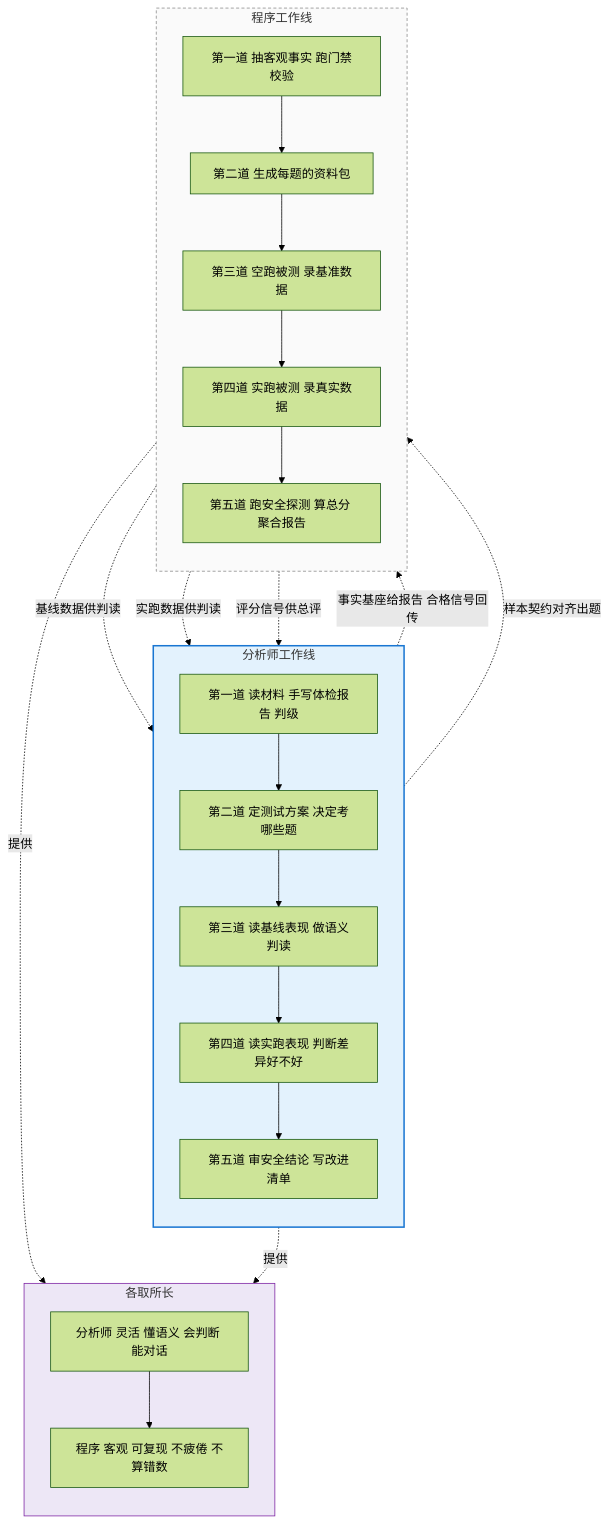
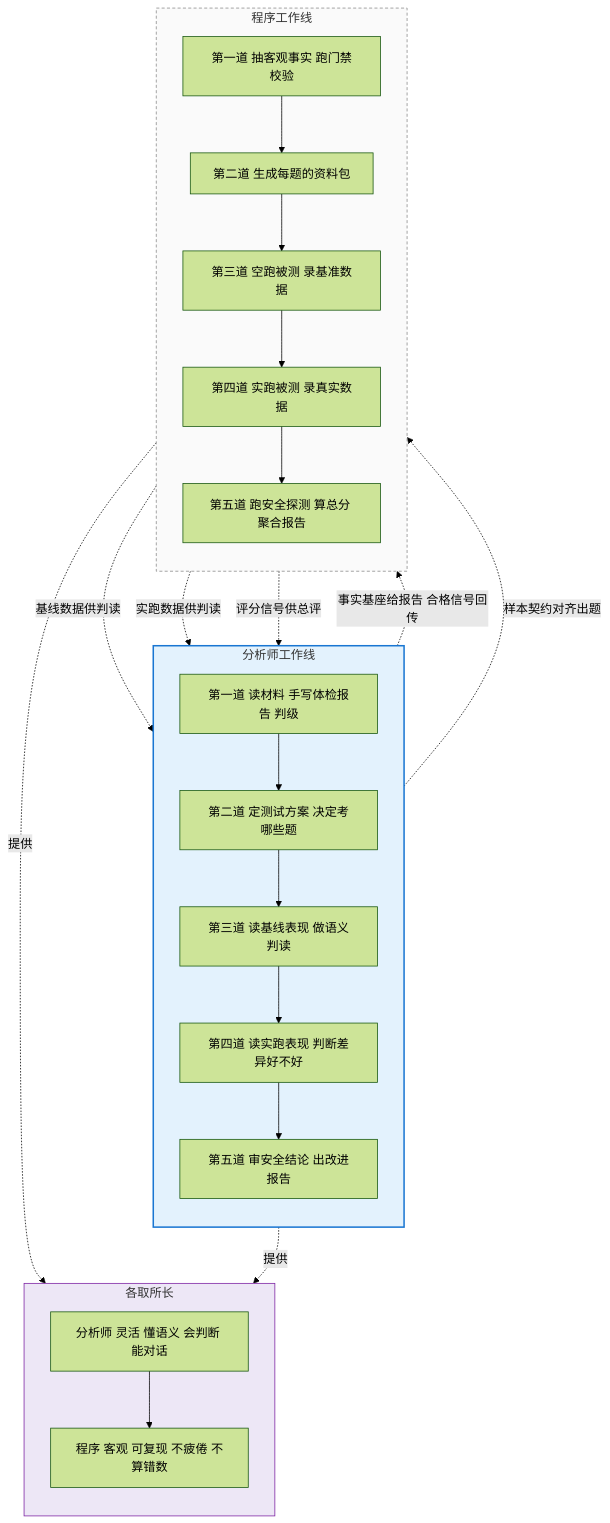
Before and after one commit to huanggq26/skill-evaluator: the ninth of 14 diagrams in references/skill-evaluation-system.md, drawn with Mermaid (forest theme). The commit also changed other lines of this file and 2 other files, not shown here.

````diff
--- a/references/skill-evaluation-system.md
+++ b/references/skill-evaluation-system.md
@@ -296,35 +296,35 @@
 ```mermaid
 flowchart TB
     subgraph AI线[分析师工作线]
         direction TB
         A0[第一道 读材料 手写体检报告 判级]
         A1[第二道 定测试方案 决定考哪些题]
         A2[第三道 读基线表现 做语义判读]
         A3[第四道 读实跑表现 判断差异好不好]
-        A4[第五道 审安全结论 写改进清单]
+        A4[第五道 审安全结论 出改进报告]
         A0 --> A1 --> A2 --> A3 --> A4
     end
     A0 -.事实基座给报告 合格信号回传.-> C0
     A1 -.样本契约对齐出题.-> C1
     C2 -.基线数据供判读.-> A2
     C3 -.实跑数据供判读.-> A3
     C4 -.评分信号供总评.-> A4
     subgraph 程序线[程序工作线]
         direction TB
         C0[第一道 抽客观事实 跑门禁校验]
         C1[第二道 生成每题的资料包]
         C2[第三道 空跑被测 录基准数据]
         C3[第四道 实跑被测 录真实数据]
         C4[第五道 跑安全探测 算总分 聚合报告]
         C0 --> C1 --> C2 --> C3 --> C4
     end
     subgraph 优势[各取所长]
         direction TB
         优2[分析师 灵活 懂语义 会判断 能对话] --> 优1[程序 客观 可复现 不疲倦 不算错数]
     end
     AI线 -.提供.-> 优2
     程序线 -.提供.-> 优1
     style AI线 fill:#e3f2fd,stroke:#1976d2,stroke-width:2px
     style 程序线 fill:#fafafa,stroke:#888,stroke-dasharray:4 3
     style 优势 fill:#ede7f6,stroke:#7b1fa2
 ```
````
